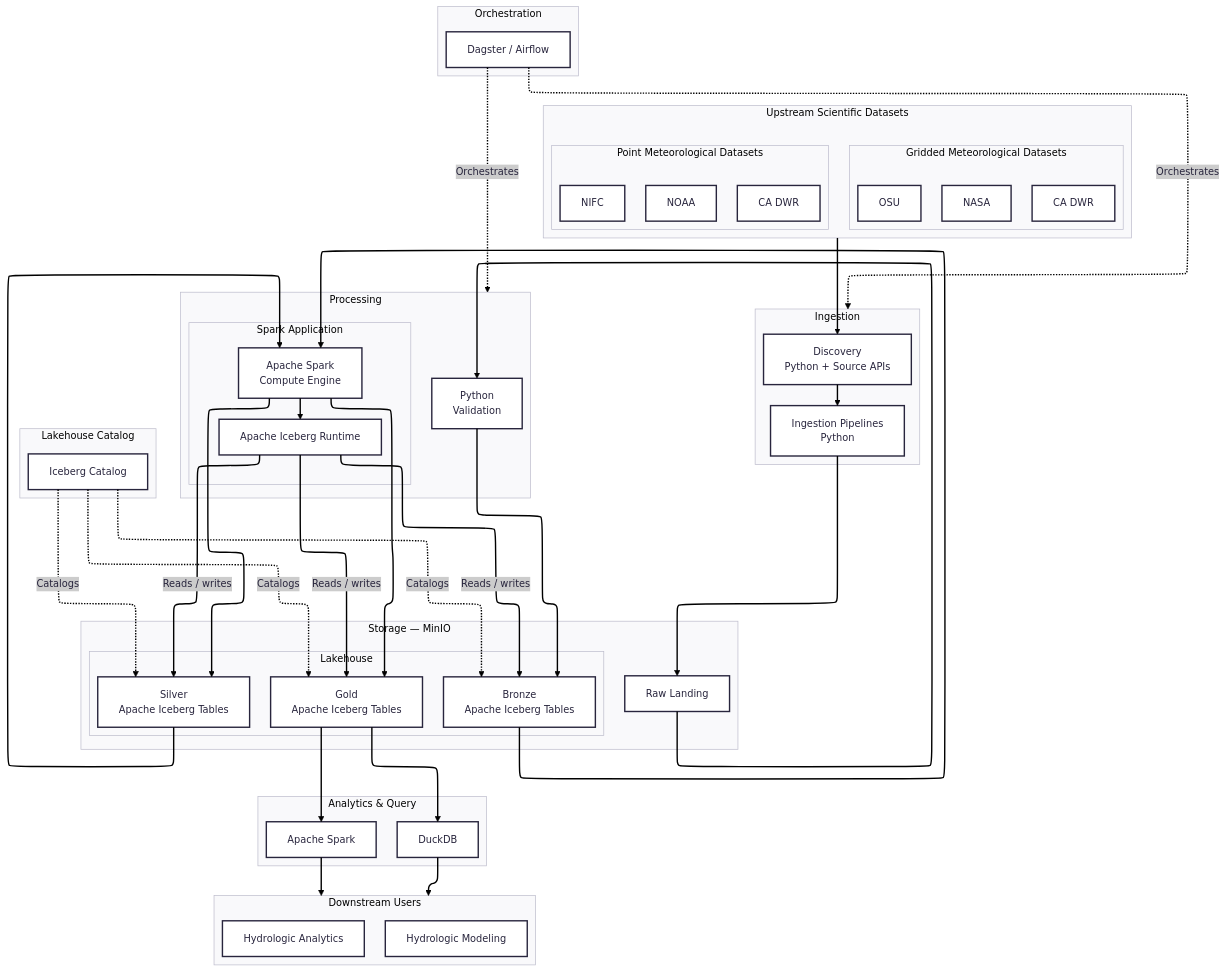
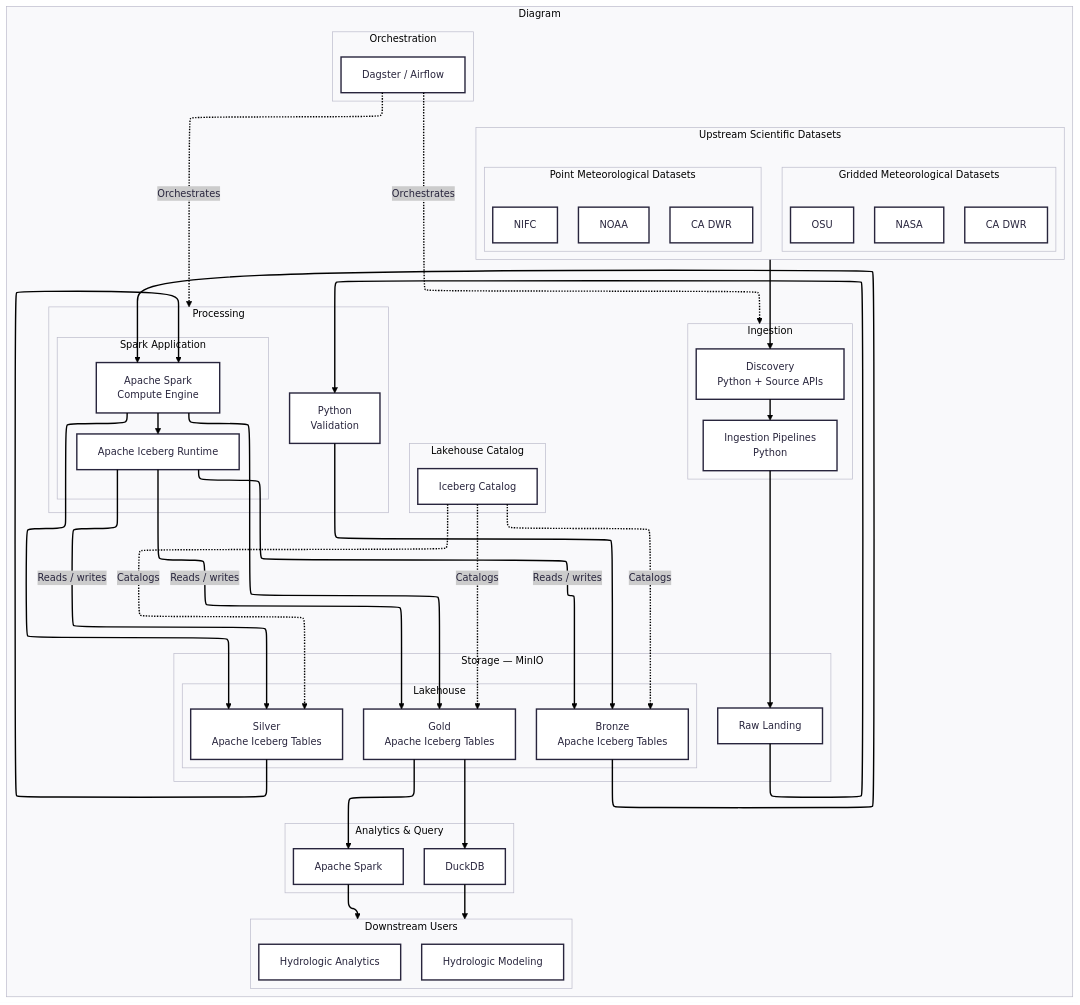
The second of 2 diagrams in README.md (Datamorphic/hydro-data-platform), drawn with Mermaid before and after one commit. The commit also changed other lines of this file, not shown here.

Commit message:
Update flowchart layout and structure in README

```diff
--- a/README.md
+++ b/README.md
@@ -147,7 +149,9 @@
   layout: elk
   theme: redux
 ---
-flowchart TB
+flowchart TD
+
+  subgraph diagram["Diagram"]
 
     %% =========================
     %% UPSTREAM
@@ -205,7 +209,6 @@
 
     end
 
-
     %% =========================
     %% PROCESSING
     %% =========================
@@ -248,6 +251,7 @@
         d1["Hydrologic Analytics"]
         d2["Hydrologic Modeling"]
     end
+  end
 
 
     %% =========================
```
